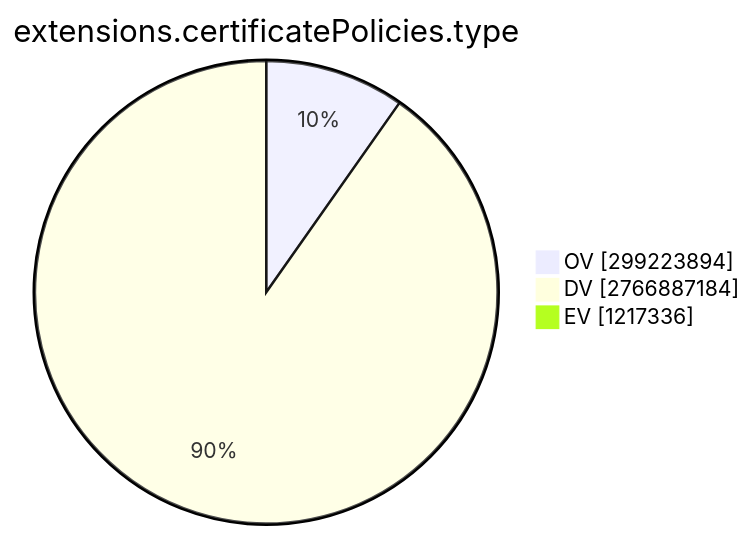
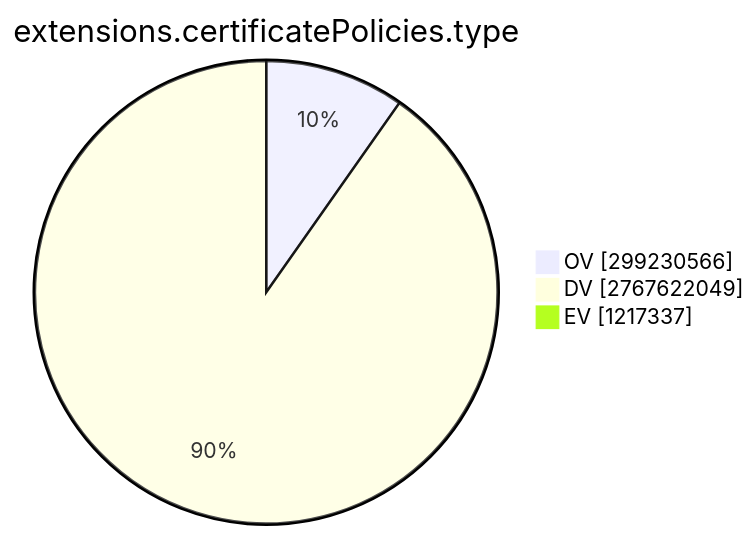
Before and after one commit to christiankrug/ctmonitor_visualization: the ninth of 15 diagrams in TOTAL/README.md, drawn with Mermaid. The commit also changed other lines of this file, not shown here.

````diff
--- a/TOTAL/README.md
+++ b/TOTAL/README.md
@@ -3101,7 +3101,7 @@
 ```mermaid
 pie showData
 title extensions.certificatePolicies.type
-"OV" :299223894
-"DV" :2766887184
-"EV" :1217336
+"OV" :299230566
+"DV" :2767622049
+"EV" :1217337
 ```
````
